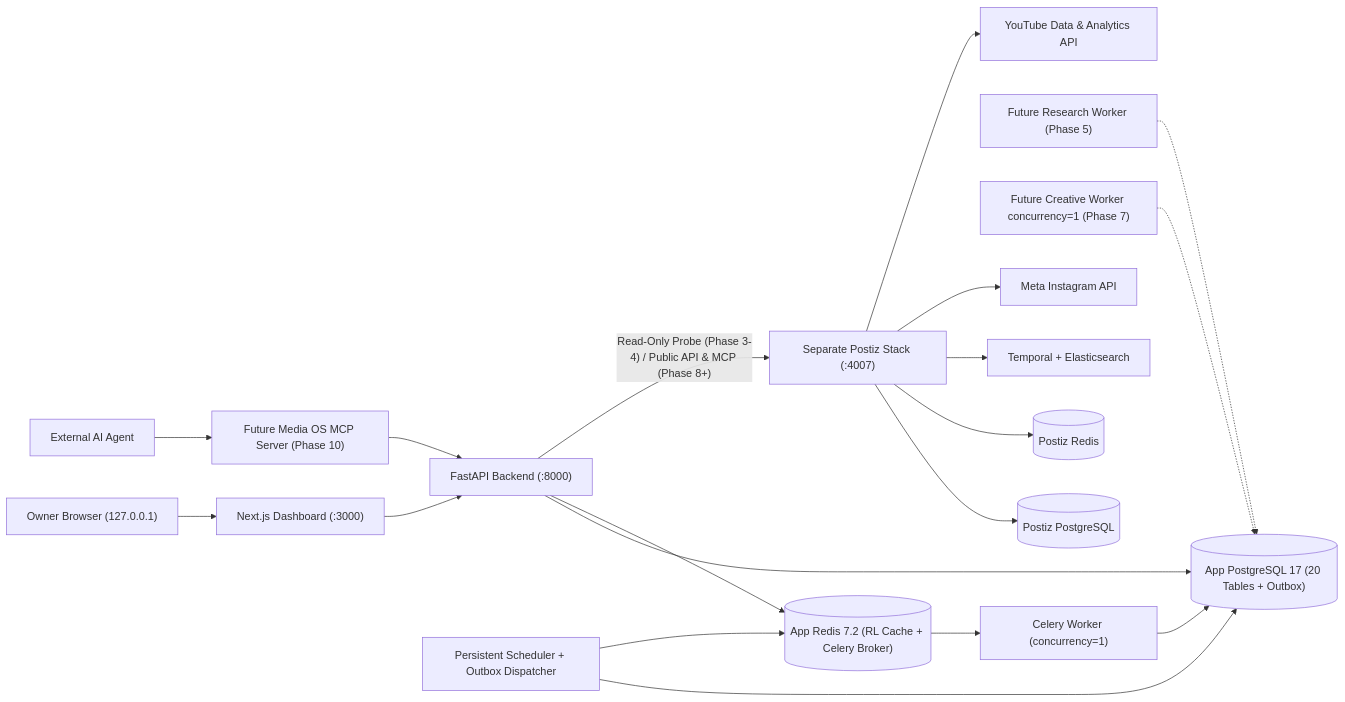
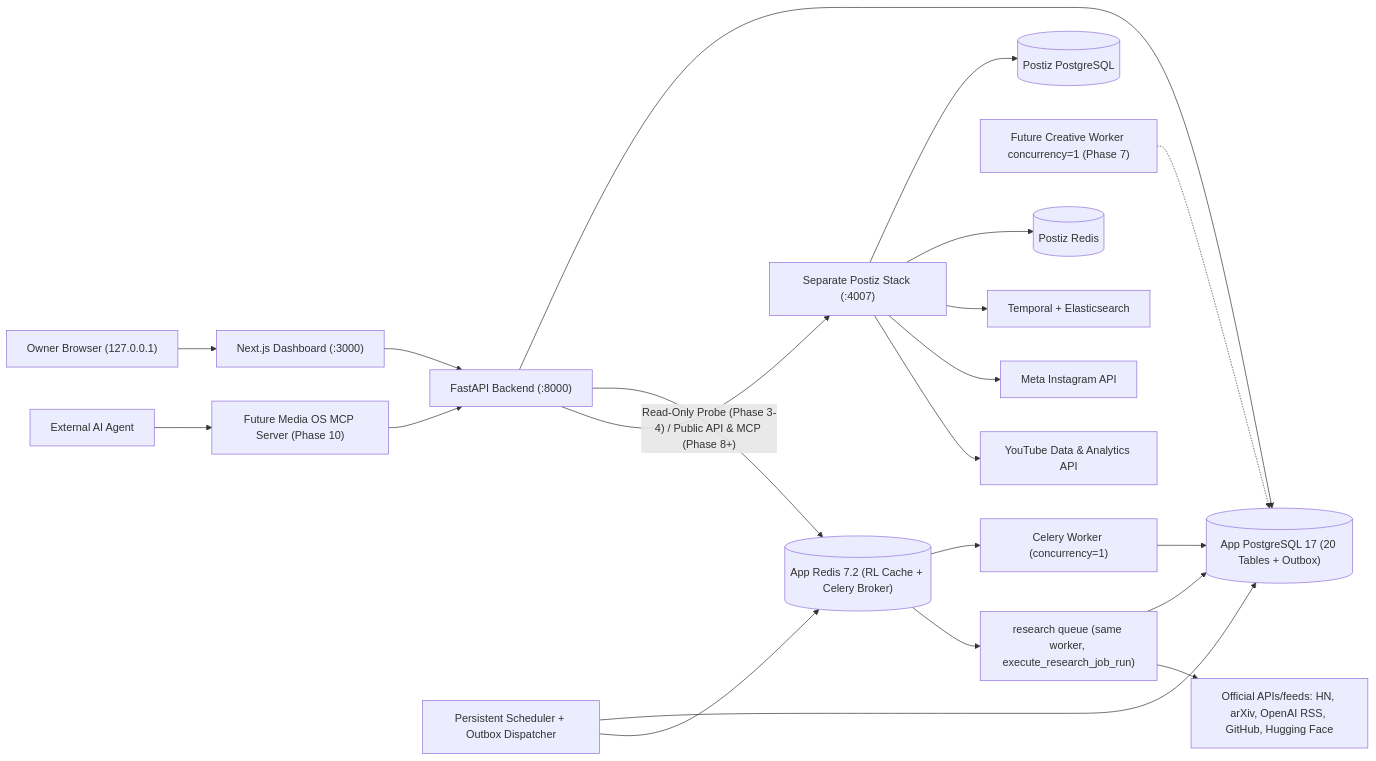
The diagram in media-intelligence-os/docs/ARCHITECTURE.md (psuvraneel-cyber/Media-OS-Agent), drawn with Mermaid before and after one commit. The commit also changed other lines of this file and 11 other files, not shown here.

First line of the commit message:
docs(phase5): reconcile documentation, add Phase 5 report, run CI from repo root

````diff
--- a/media-intelligence-os/docs/ARCHITECTURE.md
+++ b/media-intelligence-os/docs/ARCHITECTURE.md
@@ -15,24 +15,26 @@
 ```mermaid
 flowchart LR
     Owner["Owner Browser (127.0.0.1)"] --> Web["Next.js Dashboard (:3000)"]
     Web --> API["FastAPI Backend (:8000)"]
     ExtAgent["External AI Agent"] --> MCP["Future Media OS MCP Server (Phase 10)"]
     MCP --> API
 
     API --> AppPG[("App PostgreSQL 17 (20 Tables + Outbox)")]
     API --> AppRedis[("App Redis 7.2 (RL Cache + Celery Broker)")]
     Scheduler["Persistent Scheduler + Outbox Dispatcher"] --> AppPG
     Scheduler --> AppRedis
     AppRedis --> ControlW["Celery Worker (concurrency=1)"]
     ControlW --> AppPG
 
-    ResearchW["Future Research Worker (Phase 5)"] -.-> AppPG
+    AppRedis --> ResearchQ["research queue (same worker, execute_research_job_run)"]
+    ResearchQ --> AppPG
+    ResearchQ --> Sources["Official APIs/feeds: HN, arXiv, OpenAI RSS, GitHub, Hugging Face"]
     CreativeW["Future Creative Worker concurrency=1 (Phase 7)"] -.-> AppPG
 
     API -- "Read-Only Probe (Phase 3-4) / Public API & MCP (Phase 8+)" --> Postiz["Separate Postiz Stack (:4007)"]
     Postiz --> PostizPG[("Postiz PostgreSQL")]
     Postiz --> PostizRedis[("Postiz Redis")]
     Postiz --> Temporal["Temporal + Elasticsearch"]
     Postiz --> MetaIG["Meta Instagram API"]
     Postiz --> YT["YouTube Data & Analytics API"]
 ```
````
